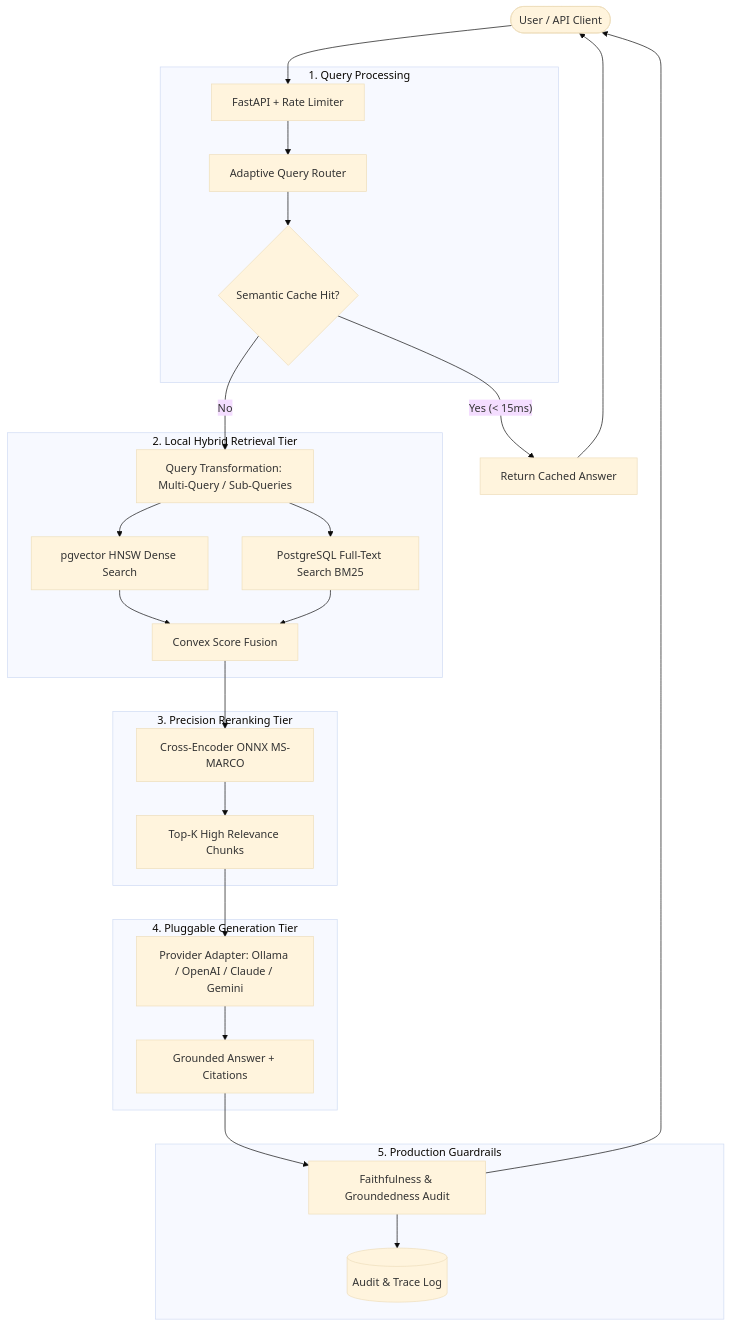
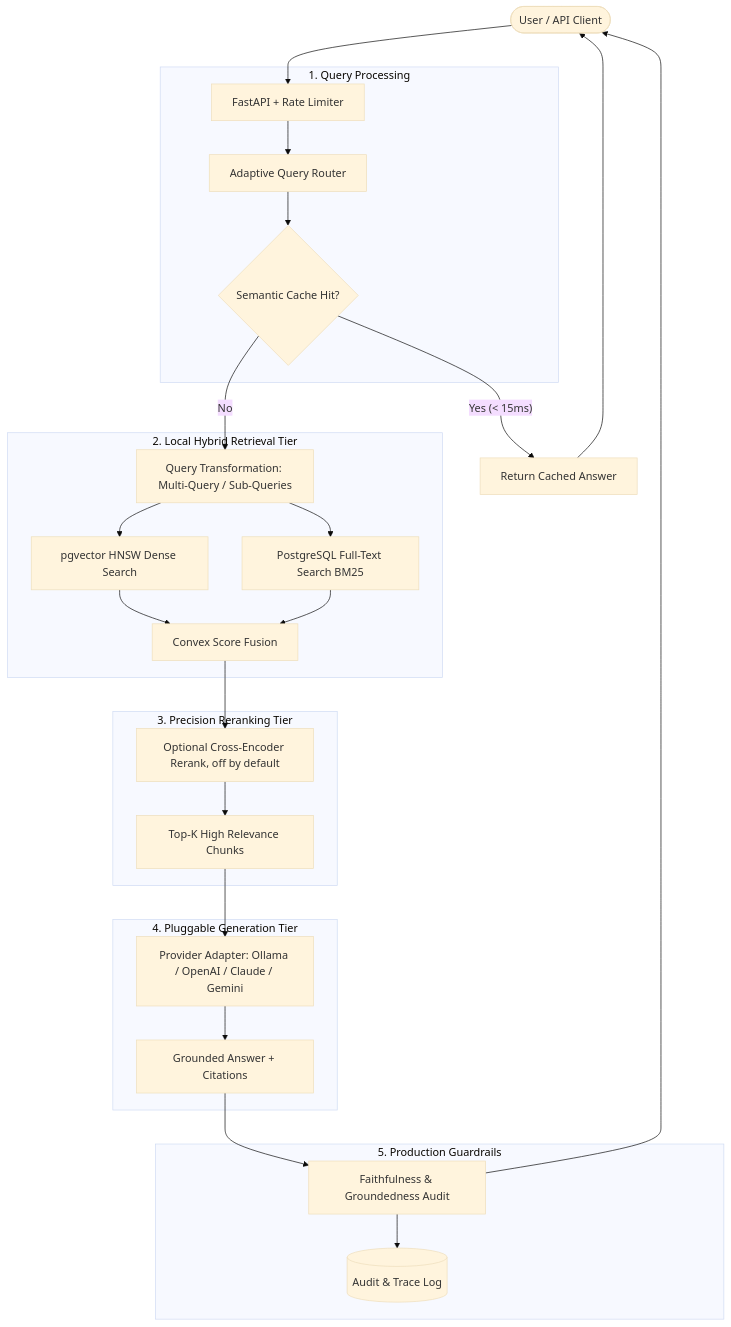
Before and after one commit to njNagaraj/RAG-production: the diagram in README.md, drawn with Mermaid (base theme). The commit also changed other lines of this file and 3 other files, not shown here.

First line of the commit message:
launch prep: reranker off by default, drop unmeasured README claims

````diff
--- a/README.md
+++ b/README.md
@@ -90,37 +87,37 @@
 ```mermaid
 flowchart TD
     User([User / API Client]) --> Gateway[FastAPI + Rate Limiter]
     
     subgraph Routing ["1. Query Processing"]
         Gateway --> Router[Adaptive Query Router]
         Router --> Cache{Semantic Cache Hit?}
     end
 
     Cache -- Yes (< 15ms) --> CachedResp[Return Cached Answer]
     
     Cache -- No --> Transform[Query Transformation: Multi-Query / Sub-Queries]
     
     subgraph Retrieval ["2. Local Hybrid Retrieval Tier"]
         Transform --> Dense[pgvector HNSW Dense Search]
         Transform --> Sparse[PostgreSQL Full-Text Search BM25]
         Dense & Sparse --> RRF[Convex Score Fusion]
     end
 
     subgraph Reranking ["3. Precision Reranking Tier"]
-        RRF --> Rerank[Cross-Encoder ONNX MS-MARCO]
+        RRF --> Rerank[Optional Cross-Encoder Rerank, off by default]
         Rerank --> TopK[Top-K High Relevance Chunks]
     end
 
     subgraph Generation ["4. Pluggable Generation Tier"]
         TopK --> GenEngine[Provider Adapter: Ollama / OpenAI / Claude / Gemini]
         GenEngine --> Stream[Grounded Answer + Citations]
     end
 
     subgraph Guardrail ["5. Production Guardrails"]
         Stream --> Faithfulness[Faithfulness & Groundedness Audit]
         Faithfulness --> AuditLog[(Audit & Trace Log)]
     end
 
     CachedResp --> User
     Faithfulness --> User
 ```
````
